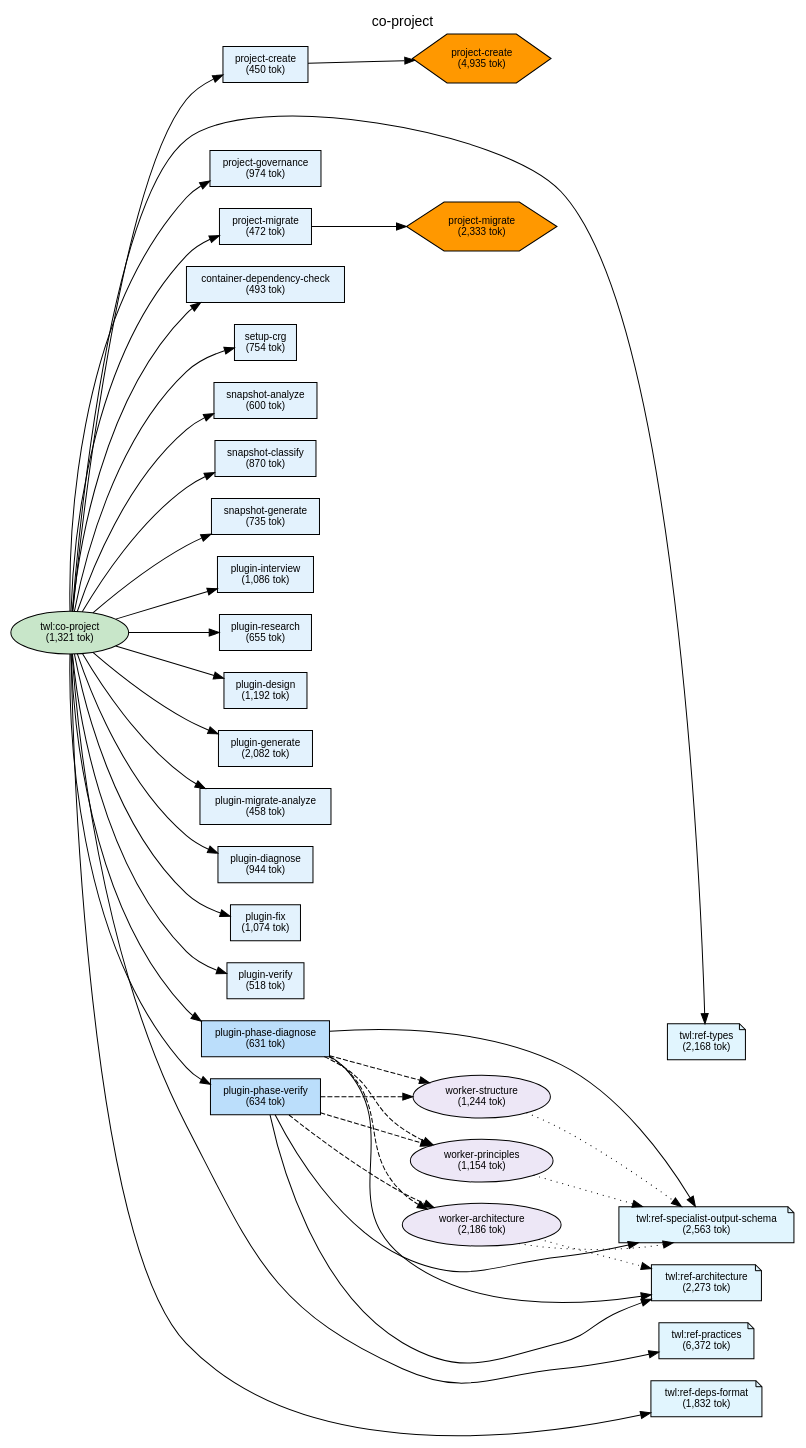
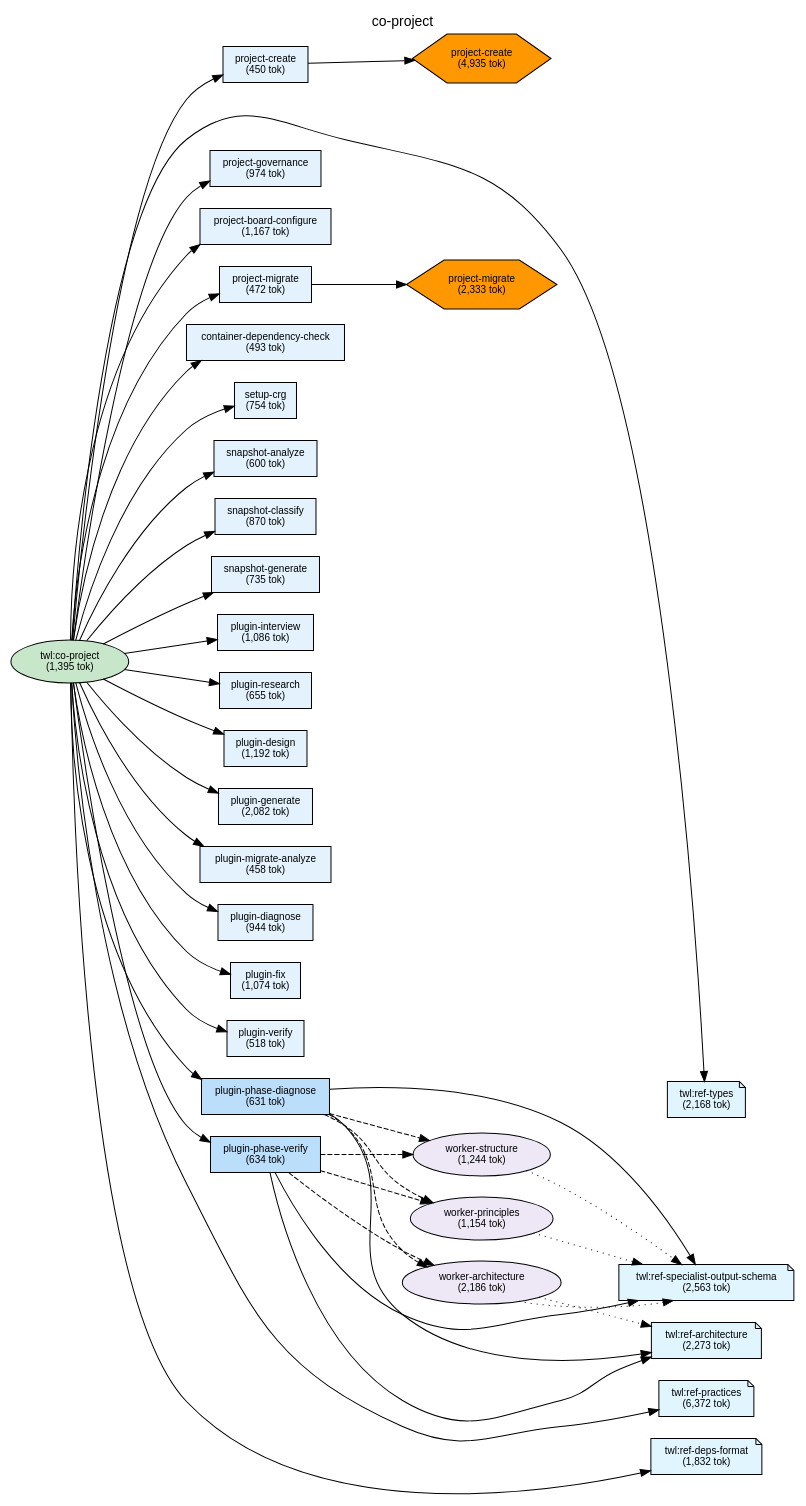
The diagram in plugins/twl/docs/deps-co-project.dot (shuu5/twill), drawn with Graphviz before and after one commit. The commit also changed 6 other files, not shown here.

First line of the commit message:
feat(twl): project-board-configure コマンド追加

```diff
--- a/plugins/twl/docs/deps-co-project.dot
+++ b/plugins/twl/docs/deps-co-project.dot
@@ -1,139 +1,142 @@
 digraph Dependencies {
     // Graph settings
     rankdir=LR;
     ranksep=0.8;
     nodesep=0.3;
     fontname="Helvetica";
     node [fontname="Helvetica", fontsize=10];
     edge [fontname="Helvetica", fontsize=9];
     label="co-project";
     labelloc=t;
     fontsize=14;
 
     // L0: Controller Skills
-    skill_co_project [label="twl:co-project\n(1,321 tok)", shape=ellipse, style=filled, fillcolor="#c8e6c9"];
+    skill_co_project [label="twl:co-project\n(1,395 tok)", shape=ellipse, style=filled, fillcolor="#c8e6c9"];
 
     // L0: Launchers
 
     // L0.5: Workflow Skills
 
     // Reference Skills
     skill_ref_specialist_output_schema [label="twl:ref-specialist-output-schema\n(2,563 tok)", shape=note, style=filled, fillcolor="#e1f5fe"];
     skill_ref_types [label="twl:ref-types\n(2,168 tok)", shape=note, style=filled, fillcolor="#e1f5fe"];
     skill_ref_practices [label="twl:ref-practices\n(6,372 tok)", shape=note, style=filled, fillcolor="#e1f5fe"];
     skill_ref_deps_format [label="twl:ref-deps-format\n(1,832 tok)", shape=note, style=filled, fillcolor="#e1f5fe"];
     skill_ref_architecture [label="twl:ref-architecture\n(2,273 tok)", shape=note, style=filled, fillcolor="#e1f5fe"];
 
     // L1: Direct Commands
     cmd_project_create [label="project-create\n(450 tok)", shape=box, style=filled, fillcolor="#e3f2fd"];
+    cmd_project_board_configure [label="project-board-configure\n(1,167 tok)", shape=box, style=filled, fillcolor="#e3f2fd"];
     cmd_project_governance [label="project-governance\n(974 tok)", shape=box, style=filled, fillcolor="#e3f2fd"];
     cmd_project_migrate [label="project-migrate\n(472 tok)", shape=box, style=filled, fillcolor="#e3f2fd"];
     cmd_container_dependency_check [label="container-dependency-check\n(493 tok)", shape=box, style=filled, fillcolor="#e3f2fd"];
     cmd_setup_crg [label="setup-crg\n(754 tok)", shape=box, style=filled, fillcolor="#e3f2fd"];
     cmd_snapshot_analyze [label="snapshot-analyze\n(600 tok)", shape=box, style=filled, fillcolor="#e3f2fd"];
     cmd_snapshot_classify [label="snapshot-classify\n(870 tok)", shape=box, style=filled, fillcolor="#e3f2fd"];
     cmd_snapshot_generate [label="snapshot-generate\n(735 tok)", shape=box, style=filled, fillcolor="#e3f2fd"];
     cmd_plugin_interview [label="plugin-interview\n(1,086 tok)", shape=box, style=filled, fillcolor="#e3f2fd"];
     cmd_plugin_research [label="plugin-research\n(655 tok)", shape=box, style=filled, fillcolor="#e3f2fd"];
     cmd_plugin_design [label="plugin-design\n(1,192 tok)", shape=box, style=filled, fillcolor="#e3f2fd"];
     cmd_plugin_generate [label="plugin-generate\n(2,082 tok)", shape=box, style=filled, fillcolor="#e3f2fd"];
     cmd_plugin_migrate_analyze [label="plugin-migrate-analyze\n(458 tok)", shape=box, style=filled, fillcolor="#e3f2fd"];
     cmd_plugin_diagnose [label="plugin-diagnose\n(944 tok)", shape=box, style=filled, fillcolor="#e3f2fd"];
     cmd_plugin_fix [label="plugin-fix\n(1,074 tok)", shape=box, style=filled, fillcolor="#e3f2fd"];
     cmd_plugin_verify [label="plugin-verify\n(518 tok)", shape=box, style=filled, fillcolor="#e3f2fd"];
     cmd_plugin_phase_diagnose [label="plugin-phase-diagnose\n(631 tok)", shape=box, style=filled, fillcolor="#bbdefb"];
     cmd_plugin_phase_verify [label="plugin-phase-verify\n(634 tok)", shape=box, style=filled, fillcolor="#bbdefb"];
 
     // L2: Sub Commands
 
     // L3: Agents
     agent_worker_structure [label="worker-structure\n(1,244 tok)", shape=ellipse, style=filled, fillcolor="#ede7f6"];
     agent_worker_principles [label="worker-principles\n(1,154 tok)", shape=ellipse, style=filled, fillcolor="#ede7f6"];
     agent_worker_architecture [label="worker-architecture\n(2,186 tok)", shape=ellipse, style=filled, fillcolor="#ede7f6"];
 
     // L3.5: Scripts
     script_project_create [label="project-create\n(4,935 tok)", shape=hexagon, style=filled, fillcolor="#FF9800"];
     script_project_migrate [label="project-migrate\n(2,333 tok)", shape=hexagon, style=filled, fillcolor="#FF9800"];
 
     // L4: External
 
     // Layer constraints
     { rank=same; skill_co_project; }
     { rank=same; skill_ref_specialist_output_schema; skill_ref_types; skill_ref_practices; skill_ref_deps_format; skill_ref_architecture; }
-    { rank=same; cmd_project_create; cmd_project_governance; cmd_project_migrate; cmd_container_dependency_check; cmd_setup_crg; cmd_snapshot_analyze; cmd_snapshot_classify; cmd_snapshot_generate; cmd_plugin_interview; cmd_plugin_research; cmd_plugin_design; cmd_plugin_generate; cmd_plugin_migrate_analyze; cmd_plugin_diagnose; cmd_plugin_fix; cmd_plugin_verify; cmd_plugin_phase_diagnose; cmd_plugin_phase_verify; }
+    { rank=same; cmd_project_create; cmd_project_board_configure; cmd_project_governance; cmd_project_migrate; cmd_container_dependency_check; cmd_setup_crg; cmd_snapshot_analyze; cmd_snapshot_classify; cmd_snapshot_generate; cmd_plugin_interview; cmd_plugin_research; cmd_plugin_design; cmd_plugin_generate; cmd_plugin_migrate_analyze; cmd_plugin_diagnose; cmd_plugin_fix; cmd_plugin_verify; cmd_plugin_phase_diagnose; cmd_plugin_phase_verify; }
     { rank=same; agent_worker_structure; agent_worker_principles; agent_worker_architecture; }
     { rank=same; script_project_create; script_project_migrate; }
 
     // Edges
     skill_co_project -> cmd_project_create;
     skill_co_project -> cmd_project_governance;
+    skill_co_project -> cmd_project_board_configure;
     skill_co_project -> cmd_project_migrate;
     skill_co_project -> cmd_container_dependency_check;
     skill_co_project -> cmd_setup_crg;
     skill_co_project -> cmd_snapshot_analyze;
     skill_co_project -> cmd_snapshot_classify;
     skill_co_project -> cmd_snapshot_generate;
     skill_co_project -> cmd_plugin_interview;
     skill_co_project -> cmd_plugin_research;
     skill_co_project -> cmd_plugin_design;
     skill_co_project -> cmd_plugin_generate;
     skill_co_project -> cmd_plugin_migrate_analyze;
     skill_co_project -> cmd_plugin_diagnose;
     skill_co_project -> cmd_plugin_fix;
     skill_co_project -> cmd_plugin_verify;
     skill_co_project -> cmd_plugin_phase_diagnose;
     skill_co_project -> cmd_plugin_phase_verify;
     skill_co_project -> skill_ref_types;
     skill_co_project -> skill_ref_practices;
     skill_co_project -> skill_ref_deps_format;
     cmd_project_create -> script_project_create;
     cmd_project_migrate -> script_project_migrate;
     cmd_plugin_phase_diagnose -> agent_worker_structure [style=dashed];
     cmd_plugin_phase_diagnose -> agent_worker_principles [style=dashed];
     cmd_plugin_phase_diagnose -> agent_worker_architecture [style=dashed];
     cmd_plugin_phase_diagnose -> skill_ref_specialist_output_schema;
     cmd_plugin_phase_diagnose -> skill_ref_architecture;
     cmd_plugin_phase_verify -> agent_worker_structure [style=dashed];
     cmd_plugin_phase_verify -> agent_worker_principles [style=dashed];
     cmd_plugin_phase_verify -> agent_worker_architecture [style=dashed];
     cmd_plugin_phase_verify -> skill_ref_specialist_output_schema;
     cmd_plugin_phase_verify -> skill_ref_architecture;
     agent_worker_structure -> skill_ref_specialist_output_schema [style=dotted];
     agent_worker_principles -> skill_ref_specialist_output_schema [style=dotted];
     agent_worker_architecture -> skill_ref_specialist_output_schema [style=dotted];
     agent_worker_architecture -> skill_ref_architecture [style=dotted];
 
     // Ordering constraints (invisible edges)
     cmd_project_create -> cmd_project_governance [style=invis, weight=10];
-    cmd_project_governance -> cmd_project_migrate [style=invis, weight=10];
+    cmd_project_governance -> cmd_project_board_configure [style=invis, weight=10];
+    cmd_project_board_configure -> cmd_project_migrate [style=invis, weight=10];
     cmd_project_migrate -> cmd_container_dependency_check [style=invis, weight=10];
     cmd_container_dependency_check -> cmd_setup_crg [style=invis, weight=10];
     cmd_setup_crg -> cmd_snapshot_analyze [style=invis, weight=10];
     cmd_snapshot_analyze -> cmd_snapshot_classify [style=invis, weight=10];
     cmd_snapshot_classify -> cmd_snapshot_generate [style=invis, weight=10];
     cmd_snapshot_generate -> cmd_plugin_interview [style=invis, weight=10];
     cmd_plugin_interview -> cmd_plugin_research [style=invis, weight=10];
     cmd_plugin_research -> cmd_plugin_design [style=invis, weight=10];
     cmd_plugin_design -> cmd_plugin_generate [style=invis, weight=10];
     cmd_plugin_generate -> cmd_plugin_migrate_analyze [style=invis, weight=10];
     cmd_plugin_migrate_analyze -> cmd_plugin_diagnose [style=invis, weight=10];
     cmd_plugin_diagnose -> cmd_plugin_fix [style=invis, weight=10];
     cmd_plugin_fix -> cmd_plugin_verify [style=invis, weight=10];
     cmd_plugin_verify -> cmd_plugin_phase_diagnose [style=invis, weight=10];
     cmd_plugin_phase_diagnose -> cmd_plugin_phase_verify [style=invis, weight=10];
     cmd_plugin_phase_verify -> skill_ref_types [style=invis, weight=10];
     skill_ref_types -> skill_ref_practices [style=invis, weight=10];
     skill_ref_practices -> skill_ref_deps_format [style=invis, weight=10];
     agent_worker_structure -> agent_worker_principles [style=invis, weight=10];
     agent_worker_principles -> agent_worker_architecture [style=invis, weight=10];
     agent_worker_architecture -> skill_ref_specialist_output_schema [style=invis, weight=10];
     skill_ref_specialist_output_schema -> skill_ref_architecture [style=invis, weight=10];
     agent_worker_structure -> agent_worker_principles [style=invis, weight=10];
     agent_worker_principles -> agent_worker_architecture [style=invis, weight=10];
     agent_worker_architecture -> skill_ref_specialist_output_schema [style=invis, weight=10];
     skill_ref_specialist_output_schema -> skill_ref_architecture [style=invis, weight=10];
     agent_worker_structure -> agent_worker_principles [style=invis, weight=10];
     agent_worker_structure -> agent_worker_principles [style=invis, weight=10];
     agent_worker_architecture -> skill_ref_specialist_output_schema [style=invis, weight=10];
 
 }
```
